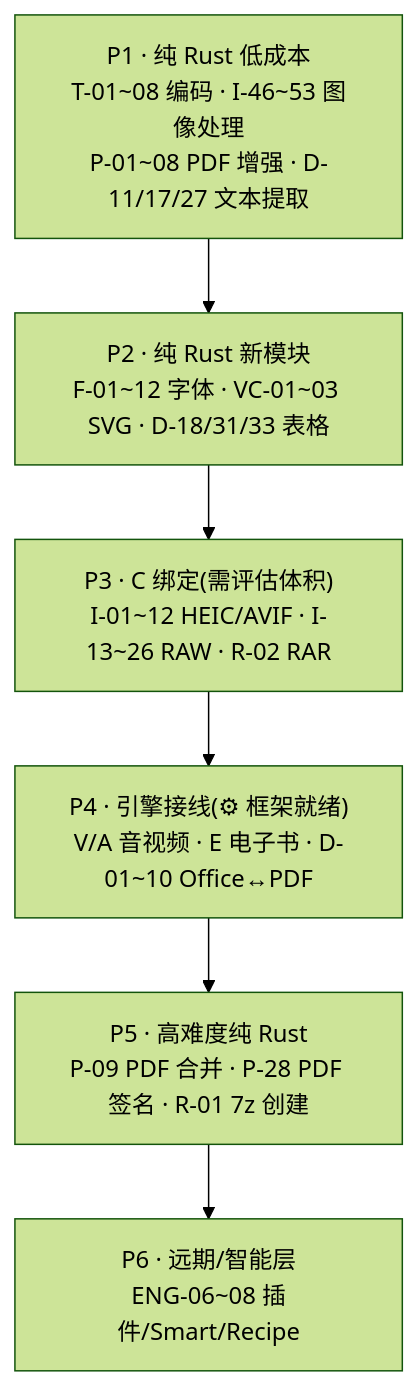
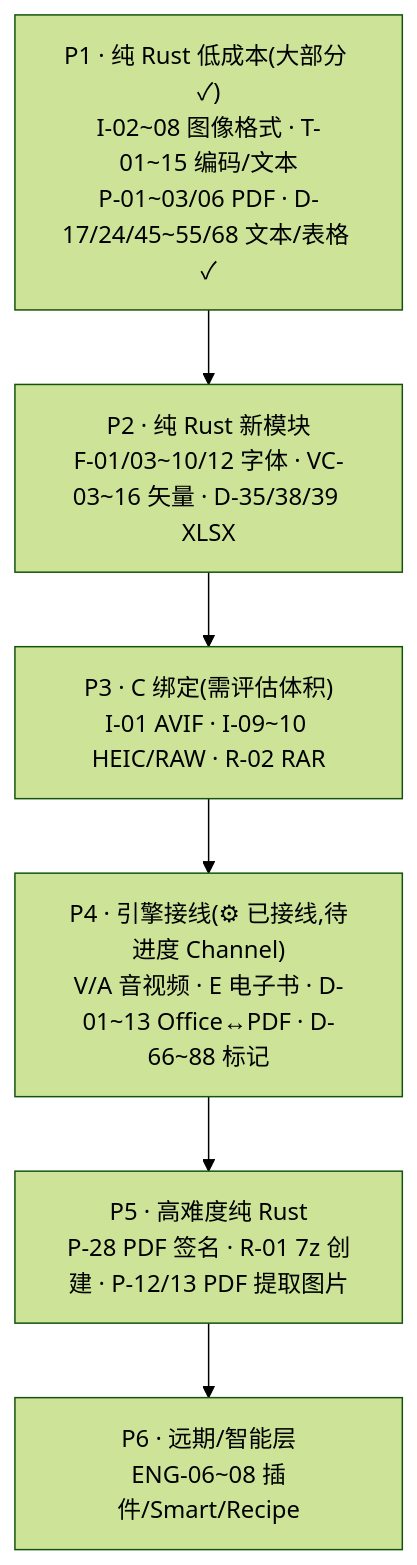
Before and after one commit to int2t05/NexToolkit: the diagram in docs/todo.md, drawn with Mermaid (forest theme). The commit also changed other lines of this file and 26 other files, not shown here.

First line of the commit message:
feat: PDF增强/文本加密/XLSX/文本提取 + 纯净审计修复 + docs 同步

````diff
--- a/docs/todo.md
+++ b/docs/todo.md
@@ -701,11 +704,11 @@
 ```mermaid
 flowchart TD
-  P1["P1 · 纯 Rust 低成本<br/>T-01~08 编码 · I-46~53 图像处理<br/>P-01~08 PDF 增强 · D-11/17/27 文本提取"]
-  P2["P2 · 纯 Rust 新模块<br/>F-01~12 字体 · VC-01~03 SVG · D-18/31/33 表格"]
-  P3["P3 · C 绑定(需评估体积)<br/>I-01~12 HEIC/AVIF · I-13~26 RAW · R-02 RAR"]
-  P4["P4 · 引擎接线(⚙ 框架就绪)<br/>V/A 音视频 · E 电子书 · D-01~10 Office↔PDF"]
-  P5["P5 · 高难度纯 Rust<br/>P-09 PDF 合并 · P-28 PDF 签名 · R-01 7z 创建"]
+  P1["P1 · 纯 Rust 低成本(大部分 ✓)<br/>I-02~08 图像格式 · T-01~15 编码/文本<br/>P-01~03/06 PDF · D-17/24/45~55/68 文本/表格 ✓"]
+  P2["P2 · 纯 Rust 新模块<br/>F-01/03~10/12 字体 · VC-03~16 矢量 · D-35/38/39 XLSX"]
+  P3["P3 · C 绑定(需评估体积)<br/>I-01 AVIF · I-09~10 HEIC/RAW · R-02 RAR"]
+  P4["P4 · 引擎接线(⚙ 已接线,待进度 Channel)<br/>V/A 音视频 · E 电子书 · D-01~13 Office↔PDF · D-66~88 标记"]
+  P5["P5 · 高难度纯 Rust<br/>P-28 PDF 签名 · R-01 7z 创建 · P-12/13 PDF 提取图片"]
   P6["P6 · 远期/智能层<br/>ENG-06~08 插件/Smart/Recipe"]
 
   P1 --> P2 --> P3 --> P4 --> P5 --> P6
 ```
````
